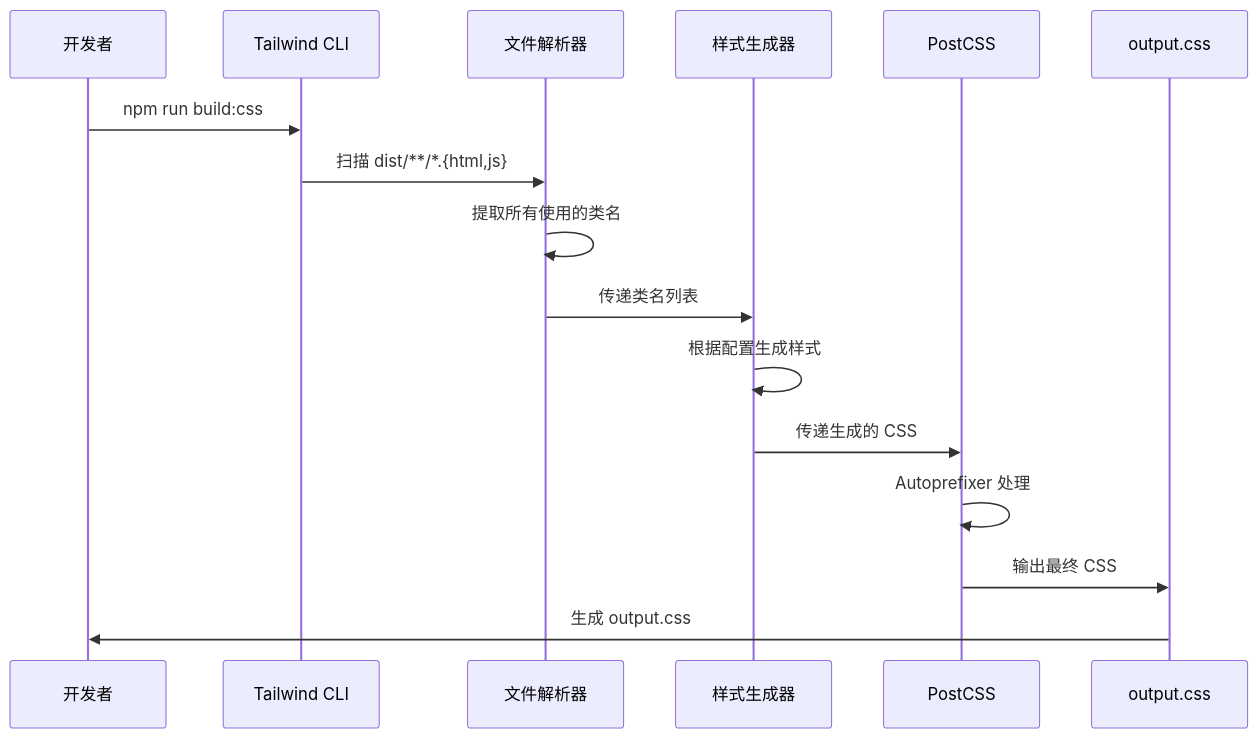
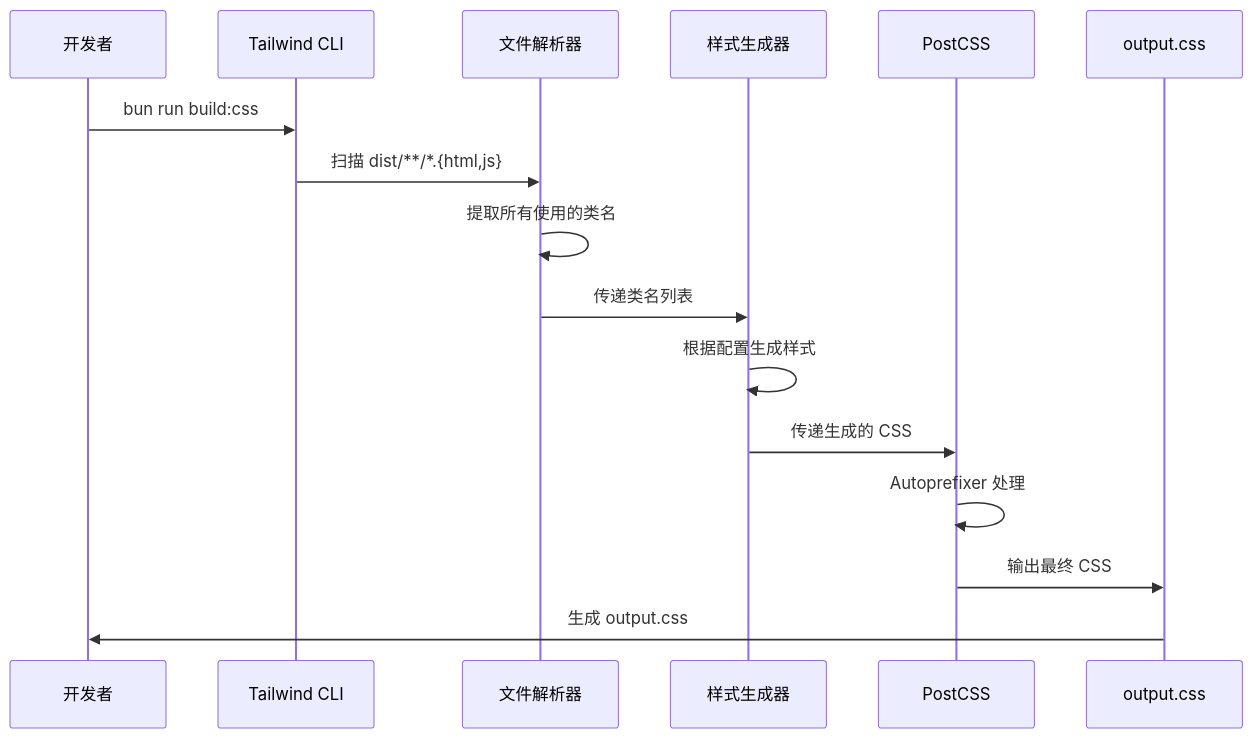
Before and after one commit to ppyyr/SystemPromptVault: the second of 2 diagrams in llmdoc/guides/tailwind-css-integration-guide.md, drawn with Mermaid. The commit also changed other lines of this file and 60 other files, not shown here.

First line of the commit message:
feat: migrate from npm to Bun package manager

````diff
--- a/llmdoc/guides/tailwind-css-integration-guide.md
+++ b/llmdoc/guides/tailwind-css-integration-guide.md
@@ -164,19 +168,19 @@
 ```mermaid
 sequenceDiagram
     participant Dev as 开发者
     participant CLI as Tailwind CLI
     participant Parser as 文件解析器
     participant Generator as 样式生成器
     participant PostCSS as PostCSS
     participant Output as output.css
 
-    Dev->>CLI: npm run build:css
+    Dev->>CLI: bun run build:css
     CLI->>Parser: 扫描 dist/**/*.{html,js}
     Parser->>Parser: 提取所有使用的类名
     Parser->>Generator: 传递类名列表
     Generator->>Generator: 根据配置生成样式
     Generator->>PostCSS: 传递生成的 CSS
     PostCSS->>PostCSS: Autoprefixer 处理
     PostCSS->>Output: 输出最终 CSS
     Output->>Dev: 生成 output.css
 ```
````
